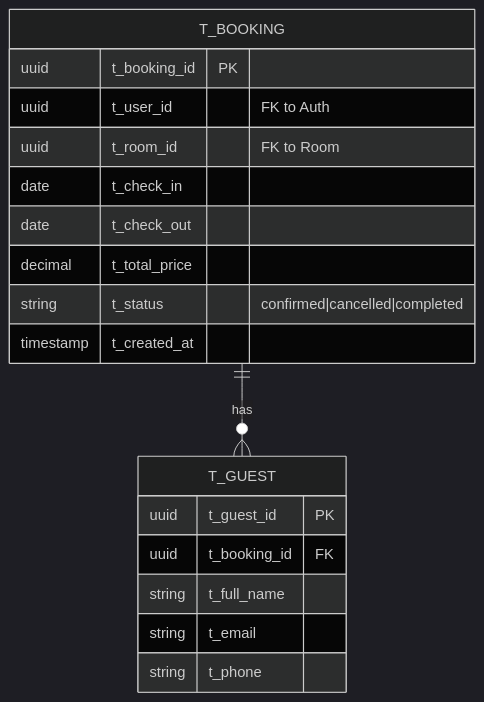
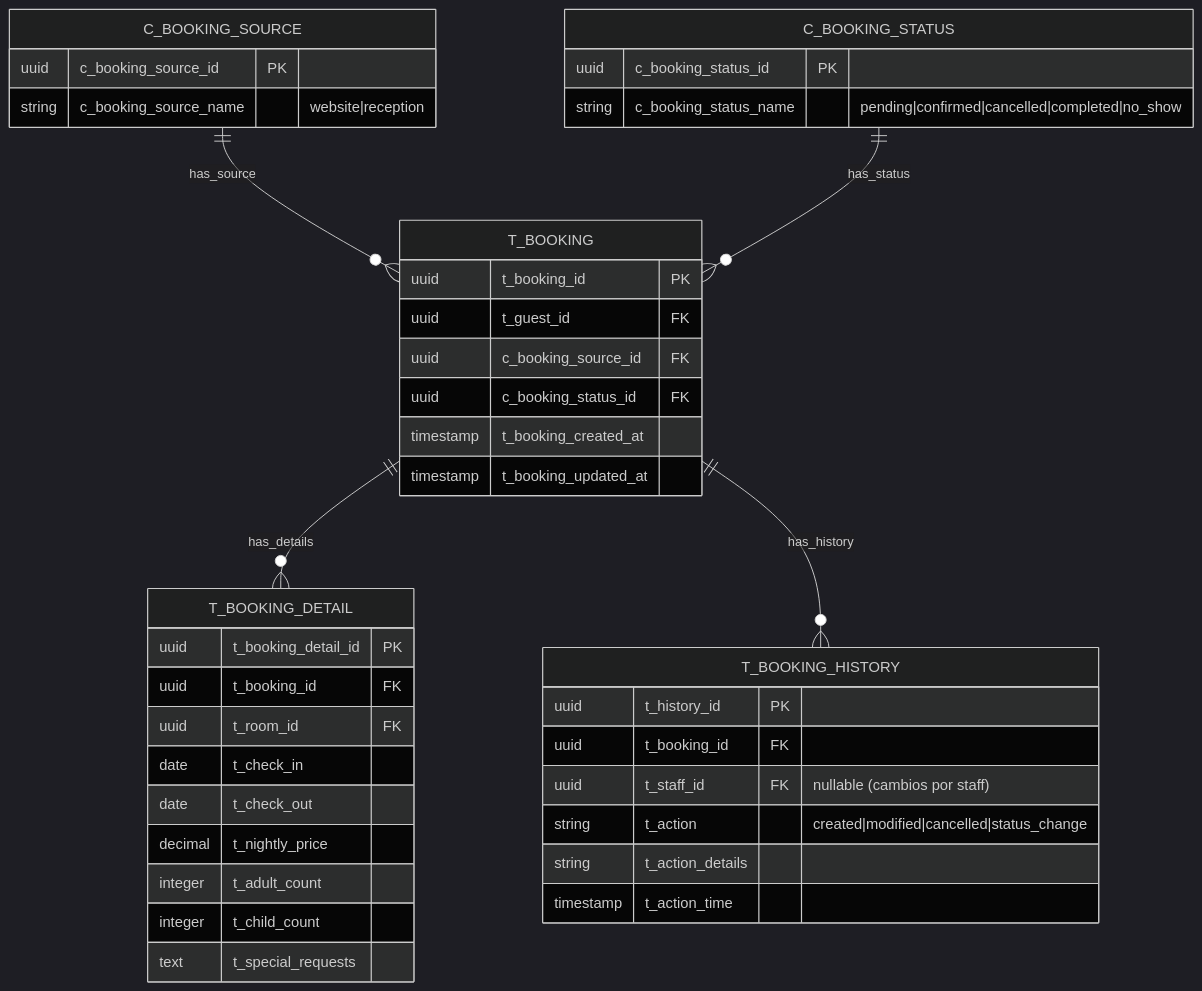
The diagram in documentation/diagrams/database/booking_db.mmd (up220672/innaly), drawn with Mermaid (dark theme) before and after one commit. The commit also changed 1 other file, not shown here.

Commit message:
fix: update booking database diagram to reflect new structure and relationships

```diff
--- a/documentation/diagrams/database/booking_db.mmd
+++ b/documentation/diagrams/database/booking_db.mmd
@@ -1,21 +1,48 @@
 erDiagram
+    %% ========= CATÁLOGOS =========
+    C_BOOKING_SOURCE {
+        uuid c_booking_source_id PK
+        string c_booking_source_name "website|reception"
+    }
+
+    C_BOOKING_STATUS {
+        uuid c_booking_status_id PK
+        string c_booking_status_name "pending|confirmed|cancelled|completed|no_show"
+    }
+
+    %% ========= TRANSACCIONALES =========
     T_BOOKING {
         uuid t_booking_id PK
-        uuid t_user_id "FK to Auth"
-        uuid t_room_id "FK to Room"
+        uuid t_guest_id FK
+        uuid c_booking_source_id FK
+        uuid c_booking_status_id FK
+        timestamp t_booking_created_at
+        timestamp t_booking_updated_at
+    }
+
+    T_BOOKING_DETAIL {
+        uuid t_booking_detail_id PK
+        uuid t_booking_id FK
+        uuid t_room_id FK
         date t_check_in
         date t_check_out
-        decimal t_total_price
-        string t_status "confirmed|cancelled|completed"
-        timestamp t_created_at
+        decimal t_nightly_price
+        integer t_adult_count
+        integer t_child_count
+        text t_special_requests
     }
-    
-    T_GUEST {
-        uuid t_guest_id PK
+
+    T_BOOKING_HISTORY {
+        uuid t_history_id PK
         uuid t_booking_id FK
-        string t_full_name
-        string t_email
-        string t_phone
+        uuid t_staff_id FK "nullable (cambios por staff)"
+        string t_action "created|modified|cancelled|status_change"
+        string t_action_details
+        timestamp t_action_time
     }
-    
-    T_BOOKING ||--o{ T_GUEST : "has"
+
+    %% ========= RELACIONES =========
+    T_BOOKING ||--o{ T_BOOKING_DETAIL : "has_details"
+    T_BOOKING ||--o{ T_BOOKING_HISTORY : "has_history"
+    C_BOOKING_SOURCE ||--o{ T_BOOKING : "has_source"
+    C_BOOKING_STATUS ||--o{ T_BOOKING : "has_status"
```
